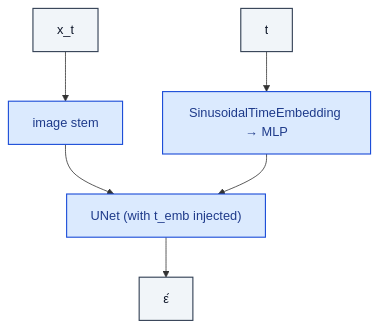
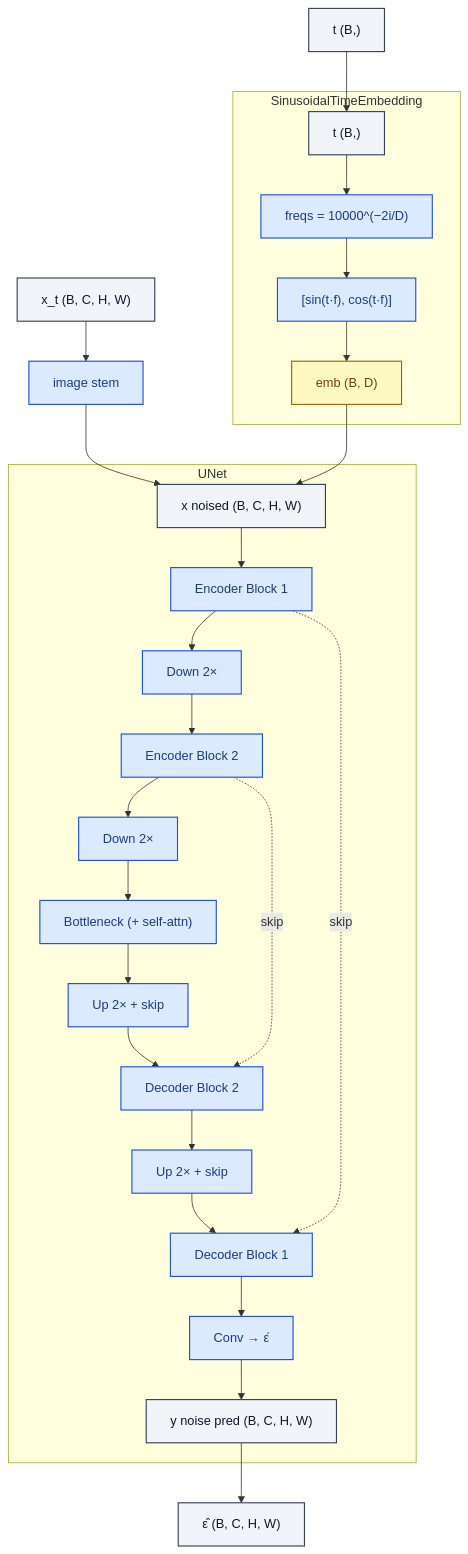
Before and after one commit to RealityShifts/Srivastava-book-of-Blocks-diagrams: the diagram in unet_diffusion/NoisePredictor.md, drawn with Mermaid. The commit also changed 123 other files, not shown here.

````diff
--- a/unet_diffusion/NoisePredictor.md
+++ b/unet_diffusion/NoisePredictor.md
@@ -7,23 +7,58 @@
 ```mermaid
 flowchart TD
-    n0_0["x_t"]:::io
-    n0_1["t"]:::io
+    n0_0["x_t  (B, C, H, W)"]:::io
+    n0_1["t  (B,)"]:::io
     n1_0["image stem"]:::op
-    n1_1["SinusoidalTimeEmbedding → MLP"]:::op
-    n2_0["UNet (with t_emb injected)"]:::op
-    n3_0["ε̂"]:::io
+    subgraph n1_1["SinusoidalTimeEmbedding"]
+        n1_1_0_0["t  (B,)"]:::io
+        n1_1_1_0["freqs = 10000^(−2i/D)"]:::op
+        n1_1_2_0["[sin(t·f),  cos(t·f)]"]:::op
+        n1_1_3_0["emb  (B, D)"]:::emb
+        n1_1_0_0 --> n1_1_1_0
+        n1_1_1_0 --> n1_1_2_0
+        n1_1_2_0 --> n1_1_3_0
+    end
+    subgraph n2_0["UNet"]
+        n2_0_0_0["x  noised  (B, C, H, W)"]:::io
+        n2_0_1_0["Encoder Block 1"]:::op
+        n2_0_2_0["Down 2×"]:::op
+        n2_0_3_0["Encoder Block 2"]:::op
+        n2_0_4_0["Down 2×"]:::op
+        n2_0_5_0["Bottleneck (+ self-attn)"]:::op
+        n2_0_6_0["Up 2×  + skip"]:::op
+        n2_0_7_0["Decoder Block 2"]:::op
+        n2_0_8_0["Up 2×  + skip"]:::op
+        n2_0_9_0["Decoder Block 1"]:::op
+        n2_0_10_0["Conv → ε̂"]:::op
+        n2_0_11_0["y  noise pred  (B, C, H, W)"]:::io
+        n2_0_0_0 --> n2_0_1_0
+        n2_0_1_0 --> n2_0_2_0
+        n2_0_2_0 --> n2_0_3_0
+        n2_0_3_0 --> n2_0_4_0
+        n2_0_4_0 --> n2_0_5_0
+        n2_0_5_0 --> n2_0_6_0
+        n2_0_6_0 --> n2_0_7_0
+        n2_0_7_0 --> n2_0_8_0
+        n2_0_8_0 --> n2_0_9_0
+        n2_0_9_0 --> n2_0_10_0
+        n2_0_10_0 --> n2_0_11_0
+        n2_0_1_0 -. skip .-> n2_0_9_0
+        n2_0_3_0 -. skip .-> n2_0_7_0
+    end
+    n3_0["ε̂  (B, C, H, W)"]:::io
     n0_0 --> n1_0
-    n0_1 --> n1_1
-    n1_0 --> n2_0
-    n1_1 --> n2_0
-    n2_0 --> n3_0
+    n0_1 --> n1_1_0_0
+    n1_0 --> n2_0_0_0
+    n1_1_3_0 --> n2_0_0_0
+    n2_0_11_0 --> n3_0
     classDef io fill:#f1f5f9,stroke:#334155,stroke-width:1.4px,color:#0f172a
     classDef op fill:#dbeafe,stroke:#1d4ed8,stroke-width:1.4px,color:#1e3a8a
     classDef norm fill:#dcfce7,stroke:#15803d,stroke-width:1.4px,color:#14532d
     classDef act fill:#ffedd5,stroke:#c2410c,stroke-width:1.4px,color:#7c2d12
     classDef attn fill:#ede9fe,stroke:#6d28d9,stroke-width:1.4px,color:#4c1d95
     classDef merge fill:#fef3c7,stroke:#b45309,stroke-width:1.4px,color:#78350f
     classDef emb fill:#fef9c3,stroke:#a16207,stroke-width:1.4px,color:#713f12
     classDef loss fill:#fee2e2,stroke:#b91c1c,stroke-width:1.4px,color:#7f1d1d
     classDef ctrl fill:#f5f5f4,stroke:#52525b,stroke-width:1.4px,color:#27272a
+    classDef ref fill:#e0f2fe,stroke:#0369a1,stroke-width:2px,color:#0c4a6e,stroke-dasharray: 4 2
 ```
````
